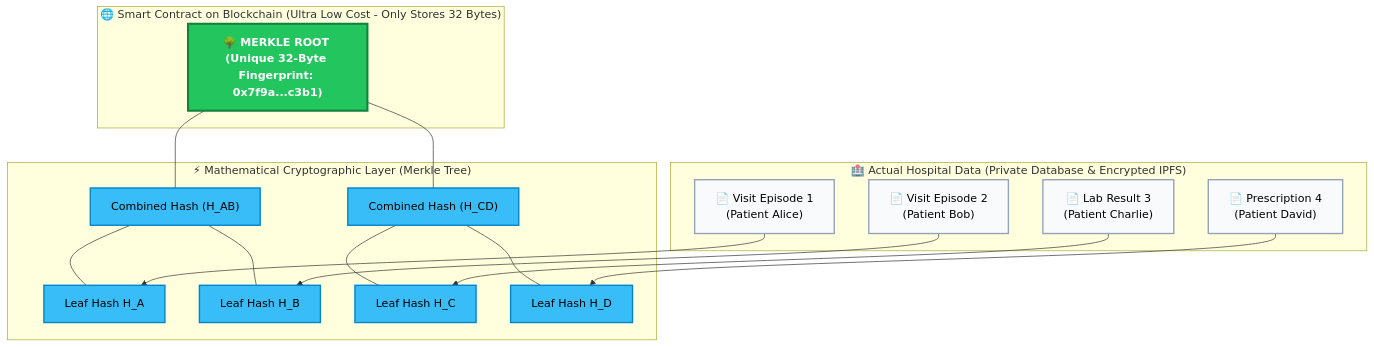
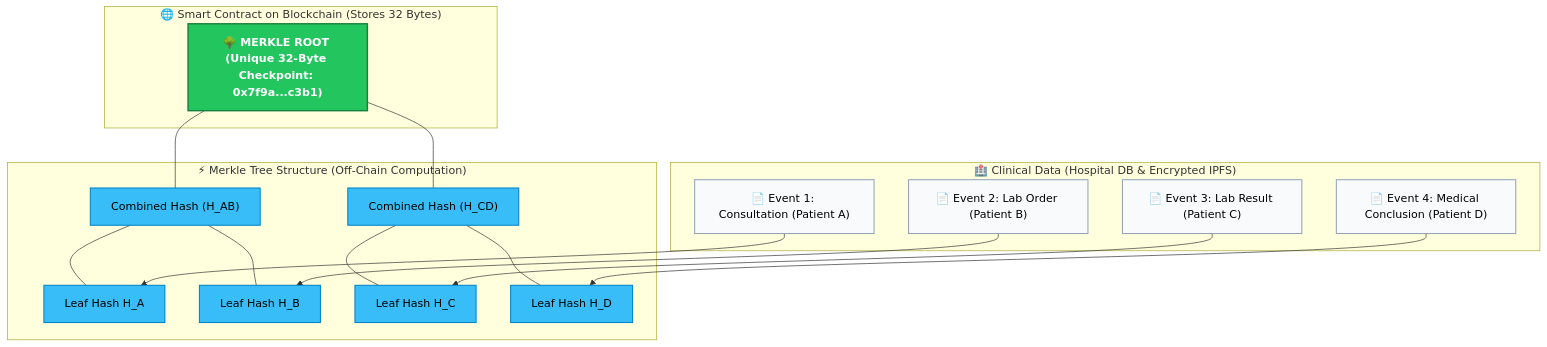
Before and after one commit to duc19092005/KLTN: the first of 2 diagrams in README.en.md, drawn with Mermaid. The commit also changed other lines of this file and 1 other file, not shown here.

````diff
--- a/README.en.md
+++ b/README.en.md
@@ -57,39 +56,39 @@
 ```mermaid
 graph TD
-    subgraph S["🌐 Smart Contract on Blockchain (Ultra Low Cost - Only Stores 32 Bytes)"]
-        Root["🌳 MERKLE ROOT (Unique 32-Byte Fingerprint: 0x7f9a...c3b1)"]
+    subgraph S["🌐 Smart Contract on Blockchain (Stores 32 Bytes)"]
+        Root["🌳 MERKLE ROOT (Unique 32-Byte Checkpoint: 0x7f9a...c3b1)"]
     end
 
-    subgraph M["⚡ Mathematical Cryptographic Layer (Merkle Tree)"]
+    subgraph M["⚡ Merkle Tree Structure (Off-Chain Computation)"]
         H_AB["Combined Hash (H_AB)"]
         H_CD["Combined Hash (H_CD)"]
         
         Root --- H_AB
         Root --- H_CD
 
         H_A["Leaf Hash H_A"]
         H_B["Leaf Hash H_B"]
         H_C["Leaf Hash H_C"]
         H_D["Leaf Hash H_D"]
 
         H_AB --- H_A
         H_AB --- H_B
         H_CD --- H_C
         H_CD --- H_D
     end
 
-    subgraph D["🏥 Actual Hospital Data (Private Database & Encrypted IPFS)"]
-        DocA["📄 Visit Episode 1<br>(Patient Alice)"] --> H_A
-        DocB["📄 Visit Episode 2<br>(Patient Bob)"] --> H_B
-        DocC["📄 Lab Result 3<br>(Patient Charlie)"] --> H_C
-        DocD["📄 Prescription 4<br>(Patient David)"] --> H_D
+    subgraph D["🏥 Clinical Data (Hospital DB & Encrypted IPFS)"]
+        DocA["📄 Event 1: Consultation (Patient A)"] --> H_A
+        DocB["📄 Event 2: Lab Order (Patient B)"] --> H_B
+        DocC["📄 Event 3: Lab Result (Patient C)"] --> H_C
+        DocD["📄 Event 4: Medical Conclusion (Patient D)"] --> H_D
     end
 
-    classDef rootStyle fill:#22c55e,stroke:#15803d,stroke-width:3px,color:#ffffff,font-weight:bold;
-    classDef nodeStyle fill:#38bdf8,stroke:#0284c7,stroke-width:2px,color:#000000;
-    classDef docStyle fill:#f8fafc,stroke:#94a3b8,stroke-width:2px,color:#000000;
+    classDef rootStyle fill:#22c55e,stroke:#15803d,stroke-width:2px,color:#ffffff,font-weight:bold;
+    classDef nodeStyle fill:#38bdf8,stroke:#0284c7,stroke-width:1.5px,color:#000000;
+    classDef docStyle fill:#f8fafc,stroke:#94a3b8,stroke-width:1.5px,color:#000000;
     
     class Root rootStyle;
     class H_AB,H_CD,H_A,H_B,H_C,H_D nodeStyle;
     class DocA,DocB,DocC,DocD docStyle;
 ```
````
